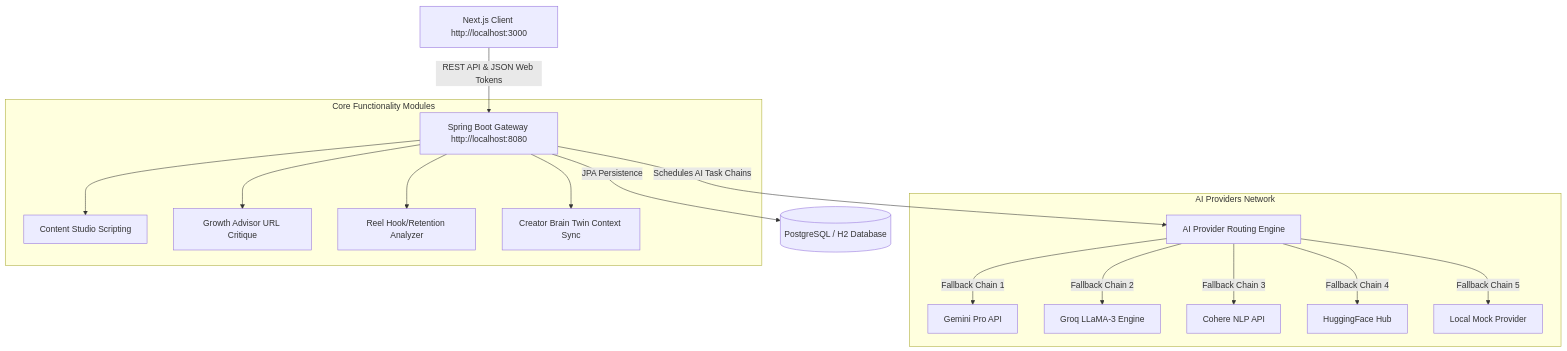
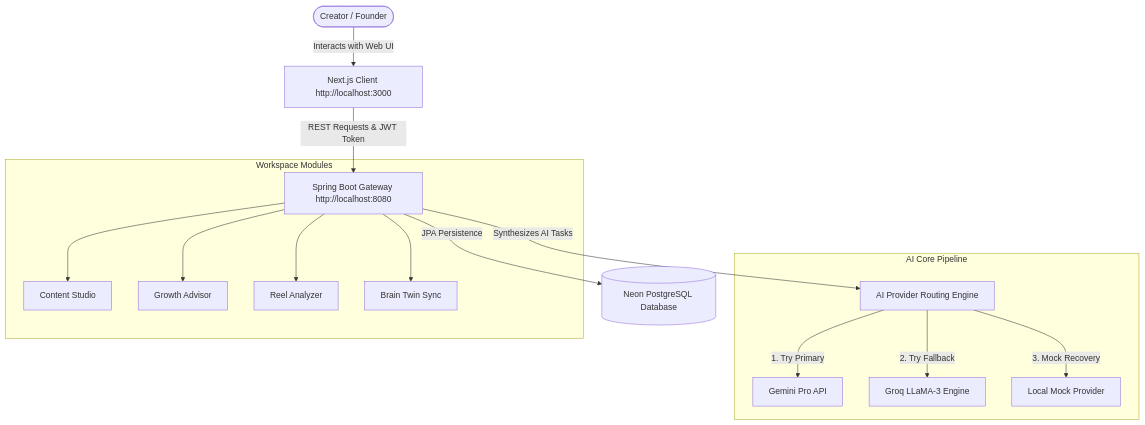
One commit to Nataraj-EL/creator-os.ai changed the first of 2 diagrams in README.md. Above: the diagram before and after it, drawn with Mermaid. The commit also changed other lines of this file, not shown here.

````diff
--- a/README.md
+++ b/README.md
@@ -9,26 +13,26 @@
 ```mermaid
 graph TD
+    User([Creator / Founder])
     Client[Next.js Client http://localhost:3000]
     API[Spring Boot Gateway http://localhost:8080]
-    DB[(PostgreSQL / H2 Database)]
+    DB[(Neon PostgreSQL Database)]
     Router[AI Provider Routing Engine]
 
-    Client -->|REST API & JSON Web Tokens| API
+    User -->|Interacts with Web UI| Client
+    Client -->|REST Requests & JWT Token| API
     API -->|JPA Persistence| DB
-    API -->|Schedules AI Task Chains| Router
+    API -->|Synthesizes AI Tasks| Router
 
-    subgraph "AI Providers Network"
-        Router -->|Fallback Chain 1| Gemini[Gemini Pro API]
-        Router -->|Fallback Chain 2| Groq[Groq LLaMA-3 Engine]
-        Router -->|Fallback Chain 3| Cohere[Cohere NLP API]
-        Router -->|Fallback Chain 4| HF[HuggingFace Hub]
-        Router -->|Fallback Chain 5| Mock[Local Mock Provider]
+    subgraph "AI Core Pipeline"
+        Router -->|1. Try Primary| Gemini[Gemini Pro API]
+        Router -->|2. Try Fallback| Groq[Groq LLaMA-3 Engine]
+        Router -->|3. Mock Recovery| Mock[Local Mock Provider]
     end
 
-    subgraph "Core Functionality Modules"
-        API --> ContentStudio[Content Studio Scripting]
-        API --> GrowthAdvisor[Growth Advisor URL Critique]
-        API --> ReelAnalyzer[Reel Hook/Retention Analyzer]
-        API --> BrainTwin[Creator Brain Twin Context Sync]
+    subgraph "Workspace Modules"
+        API --> Content[Content Studio]
+        API --> Growth[Growth Advisor]
+        API --> Reel[Reel Analyzer]
+        API --> Brain[Brain Twin Sync]
     end
 ```
````
